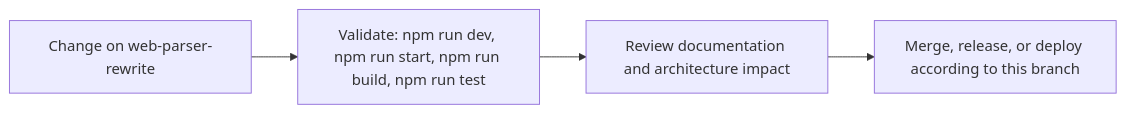
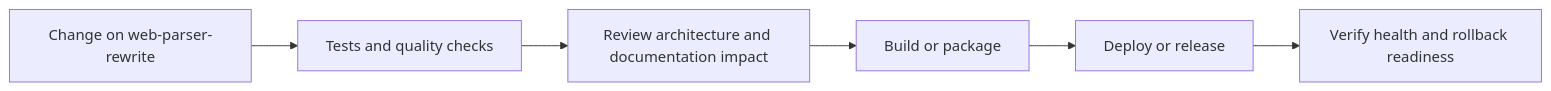
One commit to Nischhalsubba/Neverwinter-combatlog changed the fifth of 6 diagrams in README.md. Above: the diagram before and after it, drawn with Mermaid. The commit also changed other lines of this file, not shown here.

````diff
--- a/README.md
+++ b/README.md
@@ -64,8 +157,8 @@
 ```mermaid
 flowchart LR
-    CHANGE["Change on web-parser-rewrite"]
-    CHECK["Validate: npm run dev, npm run start, npm run build, npm run test"]
-    REVIEW["Review documentation and architecture impact"]
-    RELEASE["Merge, release, or deploy according to this branch"]
-    CHANGE --> CHECK --> REVIEW --> RELEASE
+    CHANGE["Change on web-parser-rewrite"] --> CHECK["Tests and quality checks"]
+    CHECK --> REVIEW["Review architecture and documentation impact"]
+    REVIEW --> BUILD["Build or package"]
+    BUILD --> DEPLOY["Deploy or release"]
+    DEPLOY --> VERIFY["Verify health and rollback readiness"]
 ```
````
